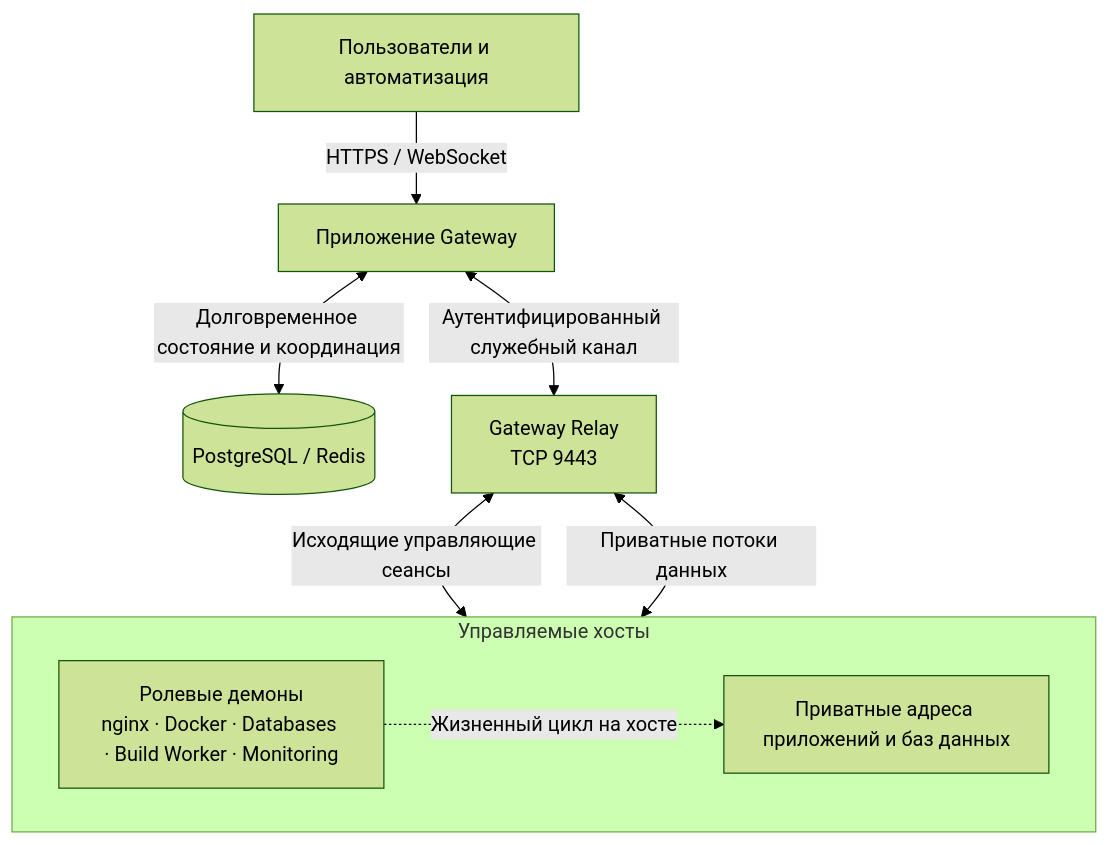
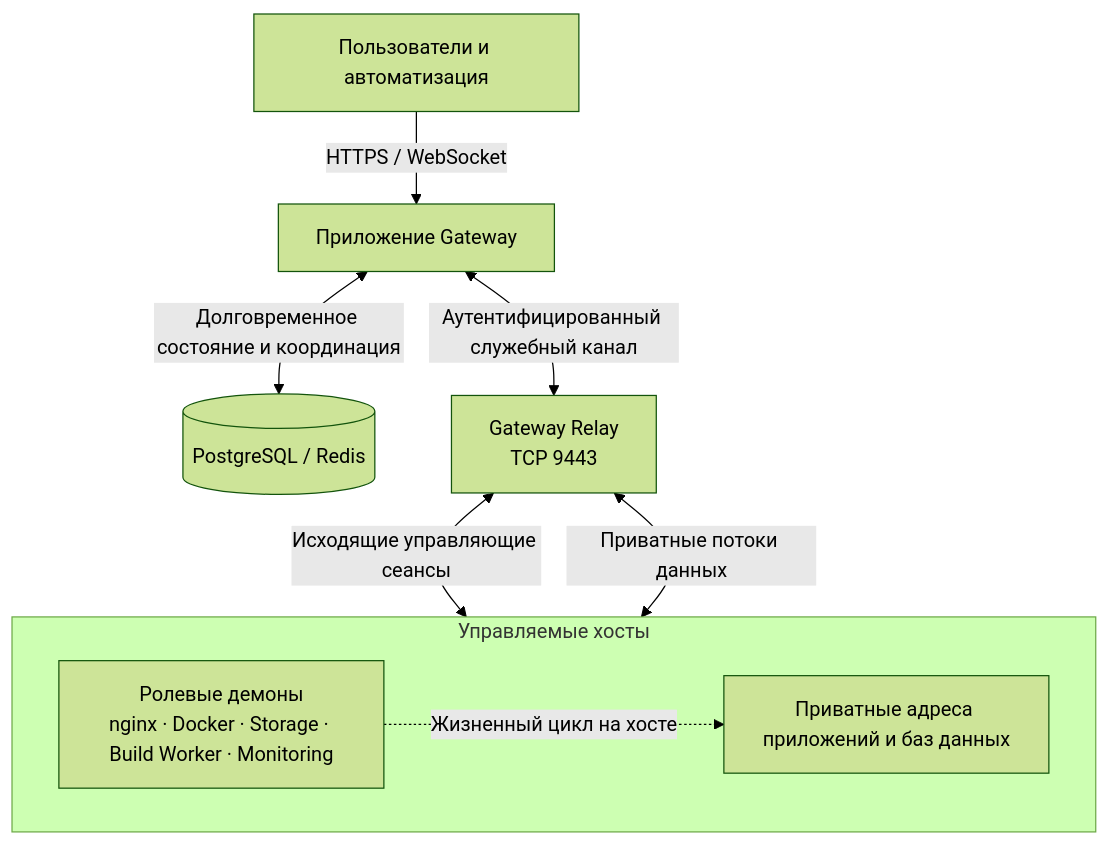
One commit to the-square-labs/gateway-docs changed the diagram in src/content/docs/ru/concepts/architecture.mdx. Above: the diagram before and after it, drawn with Mermaid (forest theme). The commit also changed other lines of this file and 104 other files, not shown here.

````diff
--- a/src/content/docs/ru/concepts/architecture.mdx
+++ b/src/content/docs/ru/concepts/architecture.mdx
@@ -13,16 +13,16 @@
 ```mermaid
 flowchart TB
     users["Пользователи и автоматизация"] -->|"HTTPS / WebSocket"| gateway["Приложение Gateway"]
     gateway <-->|"Долговременное состояние и координация"| state[("PostgreSQL / Redis")]
     gateway <-->|"Аутентифицированный служебный канал"| relay["Gateway Relay<br/>TCP 9443"]
 
     subgraph hosts["Управляемые хосты"]
         direction LR
-        daemons["Ролевые демоны<br/>nginx · Docker · Databases · Build Worker · Monitoring"]
+        daemons["Ролевые демоны<br/>nginx · Docker · Storage · Build Worker · Monitoring"]
         workloads["Приватные адреса приложений и баз данных"]
         daemons -.->|"Жизненный цикл на хосте"| workloads
     end
 
     relay <-->|"Исходящие управляющие сеансы"| daemons
     relay <-->|"Приватные потоки данных"| workloads
 ```
````
